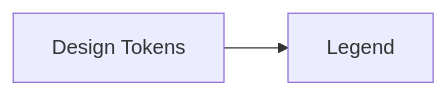
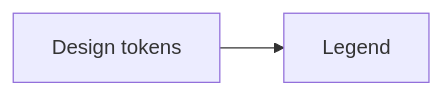
One commit to bartytime4life/Kansas-Frontier-Matrix changed the seventh of 8 diagrams in web/src/entities/diff-first/components/README.md. Above: the diagram before and after it, drawn with Mermaid. The commit also changed other lines of this file, not shown here.

````diff
--- a/web/src/entities/diff-first/components/README.md
+++ b/web/src/entities/diff-first/components/README.md
@@ -225,4 +225,4 @@
 ```mermaid
 flowchart LR
-    TOK[Design Tokens] --> LEG[Legend]
+    TOK2[Design tokens] --> LEG[Legend]
 ```
````
